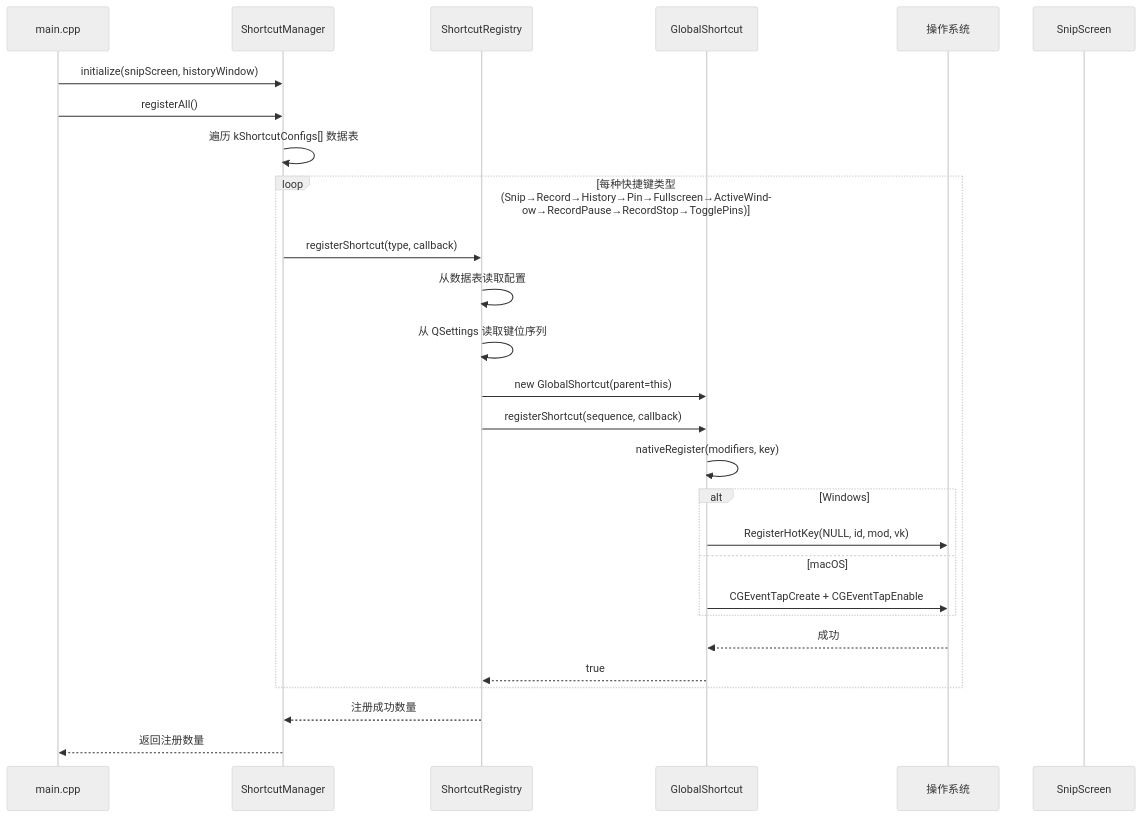
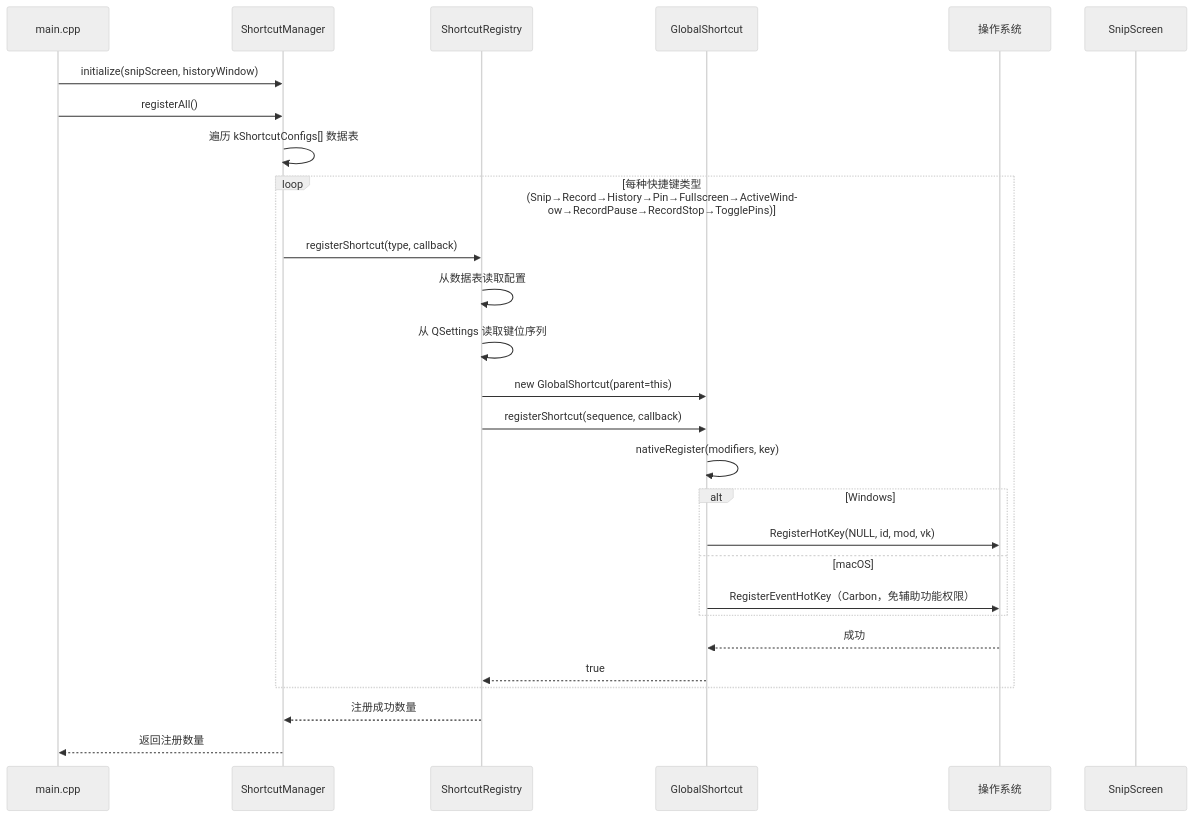
Before and after one commit to ChiangyangNPU/quick-shot: the second of 9 diagrams in docs/shortcuts.md, drawn with Mermaid (neutral theme). The commit also changed other lines of this file and 5 other files, not shown here.

````diff
--- a/docs/shortcuts.md
+++ b/docs/shortcuts.md
@@ -408,32 +408,32 @@
 ```mermaid
 sequenceDiagram
     participant Main as main.cpp
     participant SM as ShortcutManager
     participant SR as ShortcutRegistry
     participant GS as GlobalShortcut
     participant OS as 操作系统
     participant SS as SnipScreen
 
     Main->>SM: initialize(snipScreen, historyWindow)
     Main->>SM: registerAll()
     SM->>SM: 遍历 kShortcutConfigs[] 数据表
     
     loop 每种快捷键类型 (Snip→Record→History→Pin→Fullscreen→ActiveWindow→RecordPause→RecordStop→TogglePins)
         SM->>SR: registerShortcut(type, callback)
         SR->>SR: 从数据表读取配置
         SR->>SR: 从 QSettings 读取键位序列
         SR->>GS: new GlobalShortcut(parent=this)
         SR->>GS: registerShortcut(sequence, callback)
         GS->>GS: nativeRegister(modifiers, key)
         alt Windows
             GS->>OS: RegisterHotKey(NULL, id, mod, vk)
         else macOS
-            GS->>OS: CGEventTapCreate + CGEventTapEnable
+            GS->>OS: RegisterEventHotKey（Carbon，免辅助功能权限）
         end
         OS-->>GS: 成功
         GS-->>SR: true
     end
     
     SR-->>SM: 注册成功数量
     SM-->>Main: 返回注册数量
 ```
````
